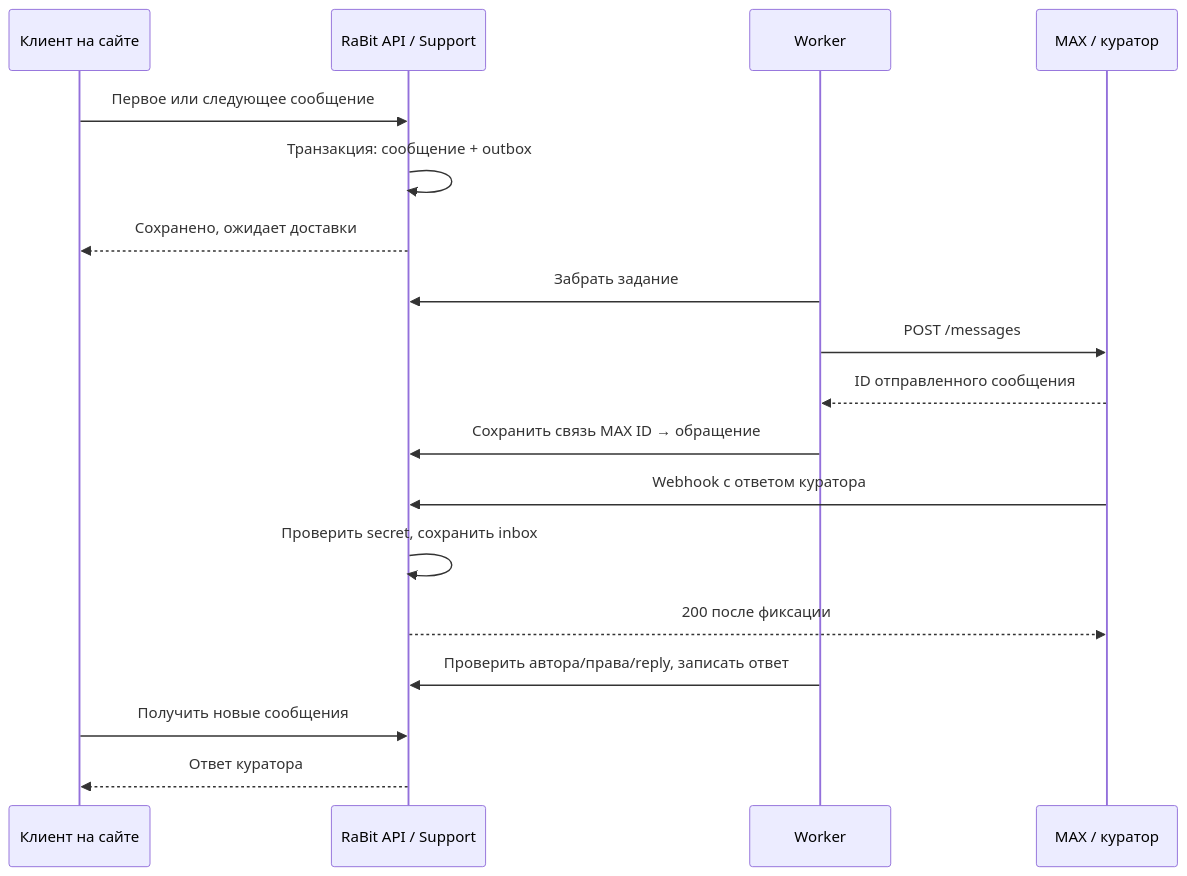
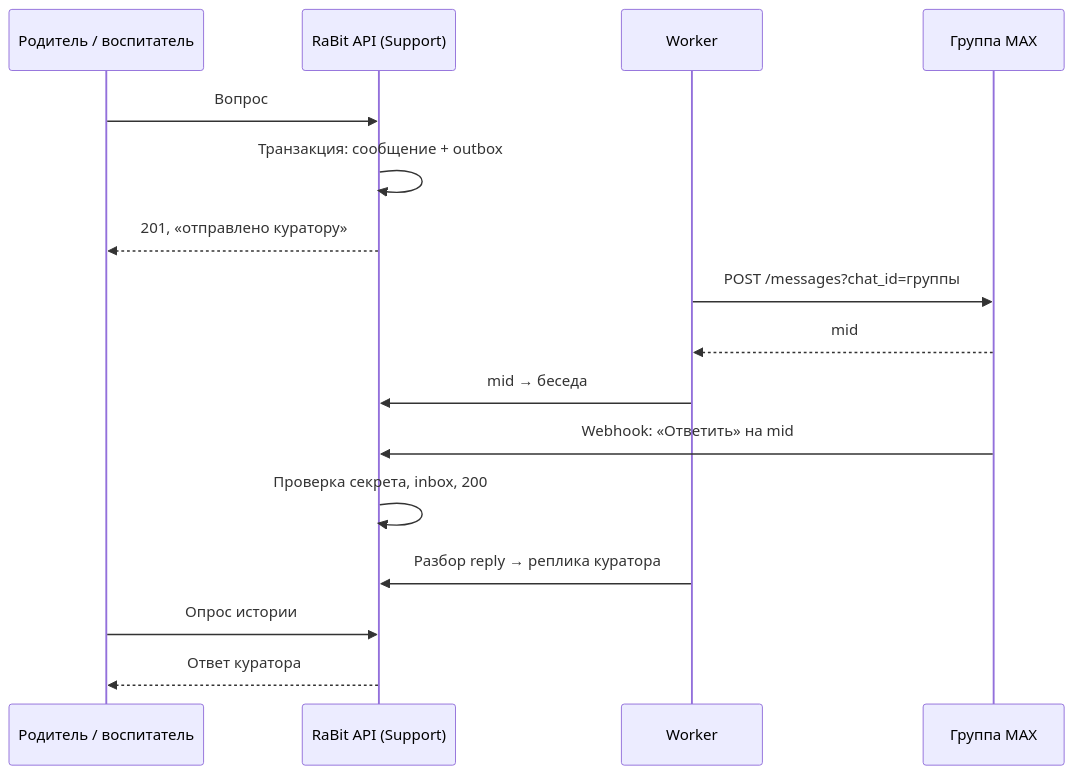
The diagram in docs/plans/max-support-chat-plan/plan.md (rebit-pro/rabit-api), drawn with Mermaid before and after one commit. The commit also changed other lines of this file and 1 other file, not shown here.

First line of the commit message:
docs(max): план вопросов куратору через MAX по постановке 25.09.2026

````diff
--- a/docs/plans/max-support-chat-plan/plan.md
+++ b/docs/plans/max-support-chat-plan/plan.md
@@ -81,20 +101,18 @@
 ```mermaid
 sequenceDiagram
-    participant C as Клиент на сайте
-    participant A as RaBit API / Support
+    participant P as Родитель / воспитатель
+    participant A as RaBit API (Support)
     participant W as Worker
-    participant M as MAX / куратор
-    C->>A: Первое или следующее сообщение
+    participant M as Группа MAX
+    P->>A: Вопрос
     A->>A: Транзакция: сообщение + outbox
-    A-->>C: Сохранено, ожидает доставки
-    W->>A: Забрать задание
-    W->>M: POST /messages
-    M-->>W: ID отправленного сообщения
-    W->>A: Сохранить связь MAX ID → обращение
-    M->>A: Webhook с ответом куратора
-    A->>A: Проверить secret, сохранить inbox
-    A-->>M: 200 после фиксации
-    W->>A: Проверить автора/права/reply, записать ответ
-    C->>A: Получить новые сообщения
-    A-->>C: Ответ куратора
+    A-->>P: 201, «отправлено куратору»
+    W->>M: POST /messages?chat_id=группы
+    M-->>W: mid
+    W->>A: mid → беседа
+    M->>A: Webhook: «Ответить» на mid
+    A->>A: Проверка секрета, inbox, 200
+    W->>A: Разбор reply → реплика куратора
+    P->>A: Опрос истории
+    A-->>P: Ответ куратора
 ```
````
